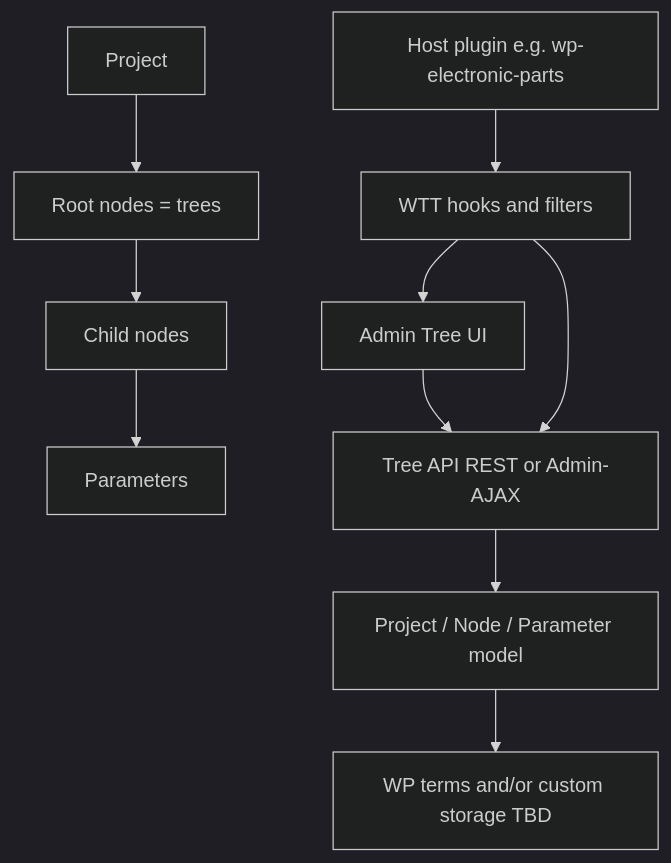
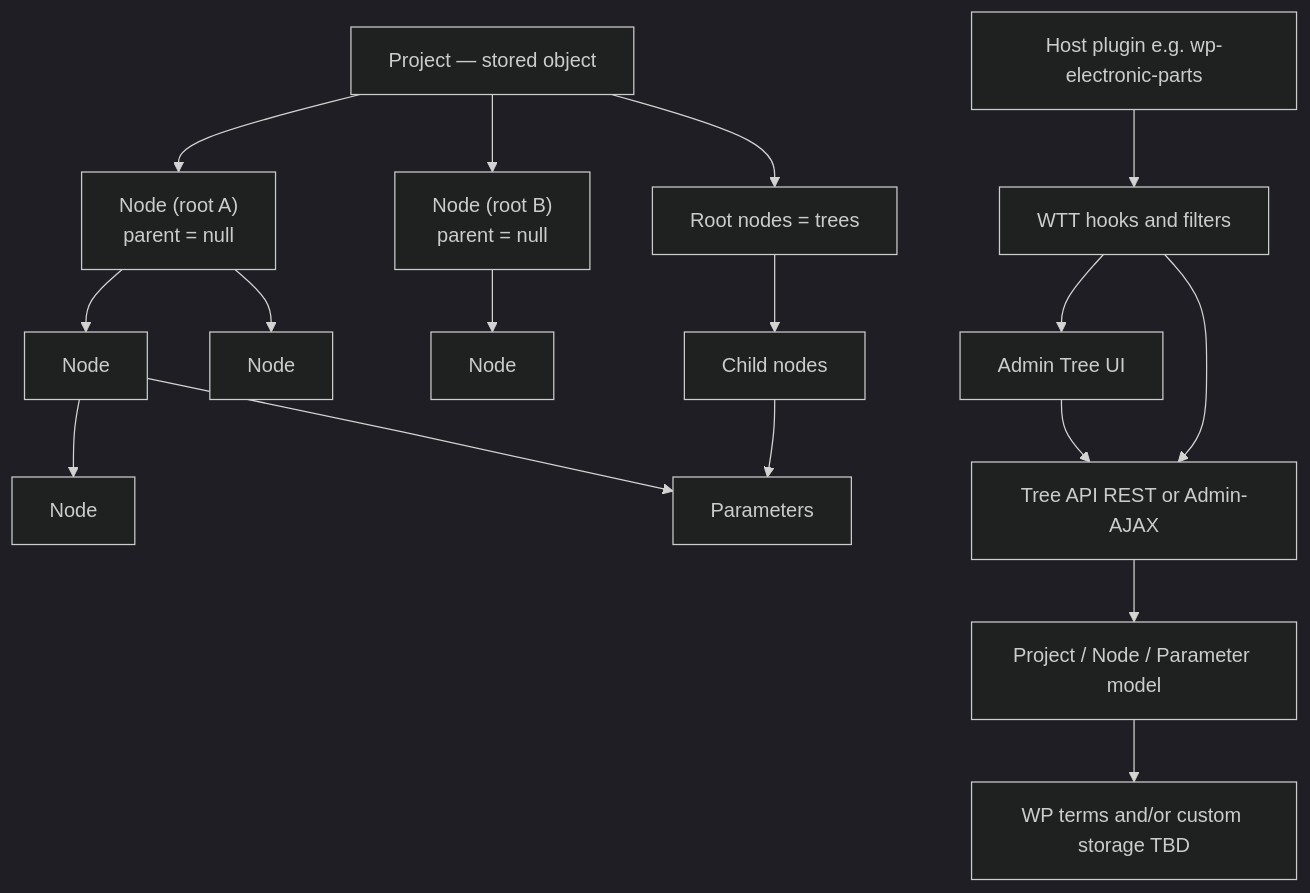
Before and after one commit to sfambach/wp-taxonomy-modeler: the first of 2 diagrams in docs/ARCHITECTURE.md, drawn with Mermaid (dark theme). The commit also changed 1 other file, not shown here.

Commit message:
Make Project explicit in structure diagrams
Show Project as a first-class stored object linking to root nodes
in the data-structure and architecture diagrams.

````diff
--- a/docs/ARCHITECTURE.md
+++ b/docs/ARCHITECTURE.md
@@ -13,12 +13,20 @@
 ```mermaid
 flowchart TB
-  Project[Project] --> Roots[Root nodes = trees]
-  Roots --> Nodes[Child nodes]
-  Nodes --> Params[Parameters]
+  Project["Project — stored object"]
+  Project --> R1["Node (root A)<br/>parent = null"]
+  Project --> R2["Node (root B)<br/>parent = null"]
+  R1 --> C1[Node]
+  R1 --> C2[Node]
+  C1 --> G1[Node]
+  R2 --> C3[Node]
+  C1 --> Params[Parameters]
+  Nodes[Child nodes] --> Params
+  Roots[Root nodes = trees] --> Nodes
+  Project --> Roots
   Host[Host plugin e.g. wp-electronic-parts] --> Hooks[WTT hooks and filters]
   Admin[Admin Tree UI] --> API[Tree API REST or Admin-AJAX]
   API --> Model[Project / Node / Parameter model]
   Model --> Storage[WP terms and/or custom storage TBD]
   Hooks --> Admin
   Hooks --> API
 ```
````
